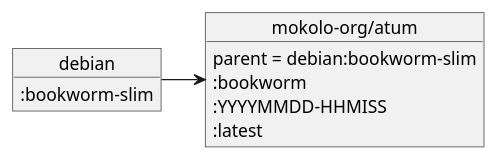
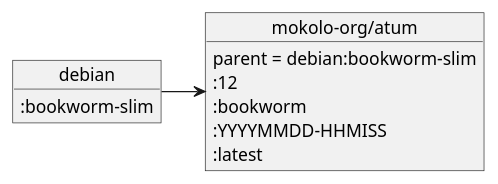
The diagram in doc/inheritance.puml (fredvos/atum-bookworm), drawn with PlantUML before and after one commit. The commit also changed 6 other files, not shown here.

```diff
--- a/doc/inheritance.puml
+++ b/doc/inheritance.puml
@@ -1,15 +1,16 @@
 @startuml
 top to bottom direction
 
 object debian
 object "mokolo-org/atum" as atum
 
 debian -> atum
 
 debian : :bookworm-slim
 
 atum : parent = debian:bookworm-slim
+atum : :12
 atum : :bookworm
 atum : :YYYYMMDD-HHMISS
 atum : :latest
 @enduml
```
